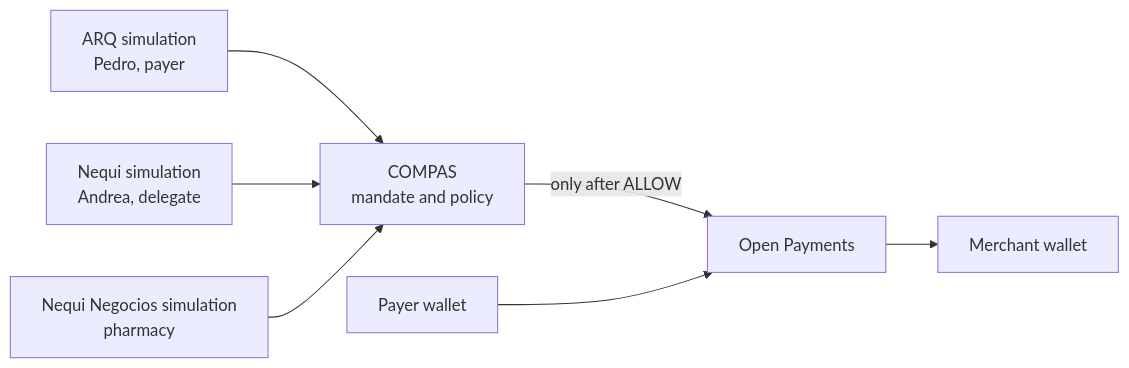
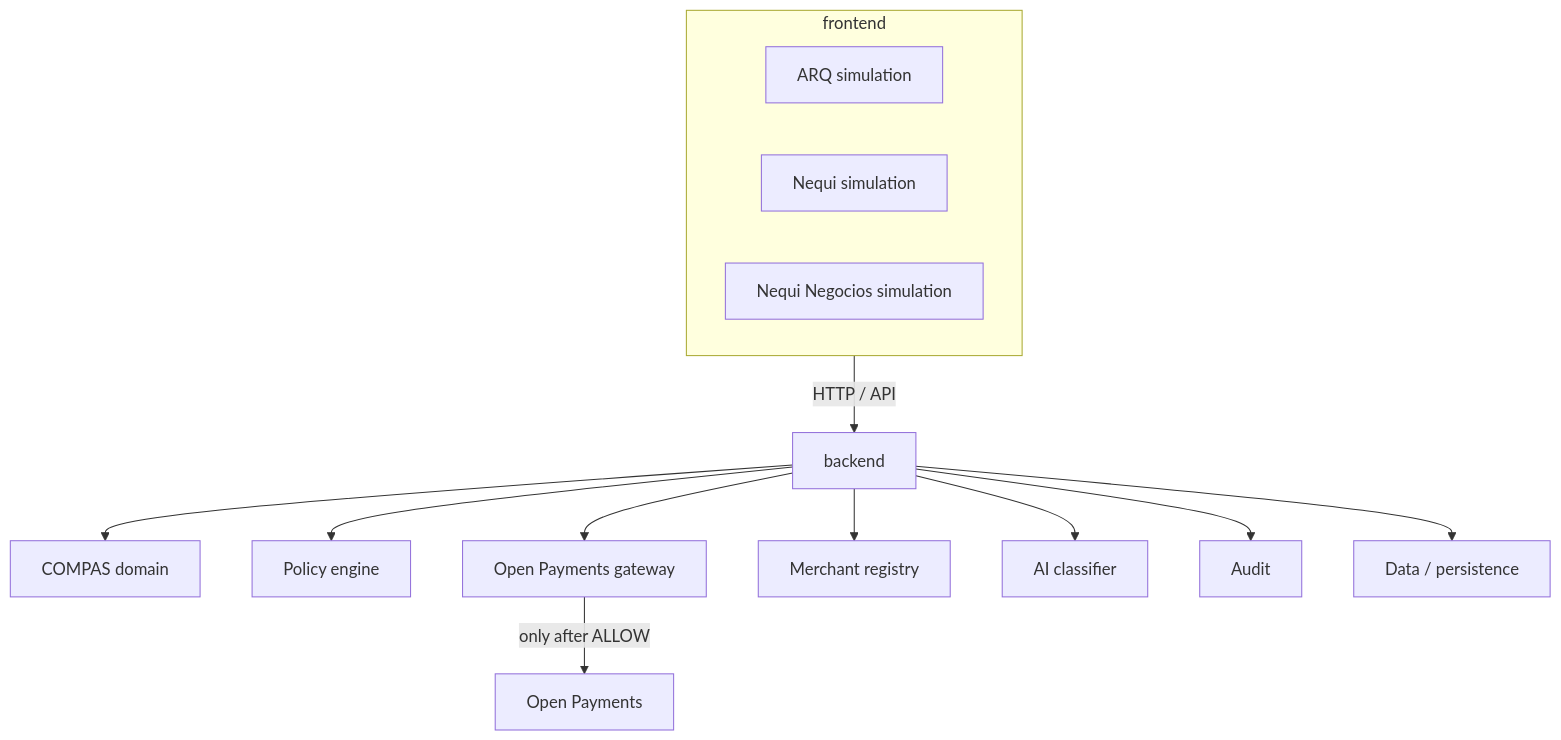
The first of 4 diagrams in docs/03-architecture.md (Juanqu261/compas-paypal), drawn with Mermaid before and after one commit. The commit also changed other lines of this file and 109 other files, not shown here.

````diff
--- a/docs/03-architecture.md
+++ b/docs/03-architecture.md
@@ -7,17 +9,28 @@
 ```mermaid
-flowchart LR
-  payerSurface["ARQ simulation<br/>Pedro, payer"]
-  delegateSurface["Nequi simulation<br/>Andrea, delegate"]
-  merchantSurface["Nequi Negocios simulation<br/>pharmacy"]
-  compas["COMPAS<br/>mandate and policy"]
+flowchart TB
+  subgraph frontendApp ["frontend"]
+    arq["ARQ simulation"]
+    nequi["Nequi simulation"]
+    business["Nequi Negocios simulation"]
+  end
+
+  backendApp["backend"]
+  domain["COMPAS domain"]
+  policy["Policy engine"]
+  gateway["Open Payments gateway"]
+  registry["Merchant registry"]
+  classifier["AI classifier"]
+  audit["Audit"]
+  dataStore["Data / persistence"]
   openPayments["Open Payments"]
-  payerWallet["Payer wallet"]
-  merchantWallet["Merchant wallet"]
 
-  payerSurface --> compas
-  delegateSurface --> compas
-  merchantSurface --> compas
-  compas -->|"only after ALLOW"| openPayments
-  payerWallet --> openPayments
-  openPayments --> merchantWallet
+  frontendApp -->|"HTTP / API"| backendApp
+  backendApp --> domain
+  backendApp --> policy
+  backendApp --> gateway
+  backendApp --> registry
+  backendApp --> classifier
+  backendApp --> audit
+  backendApp --> dataStore
+  gateway -->|"only after ALLOW"| openPayments
 ```
````
